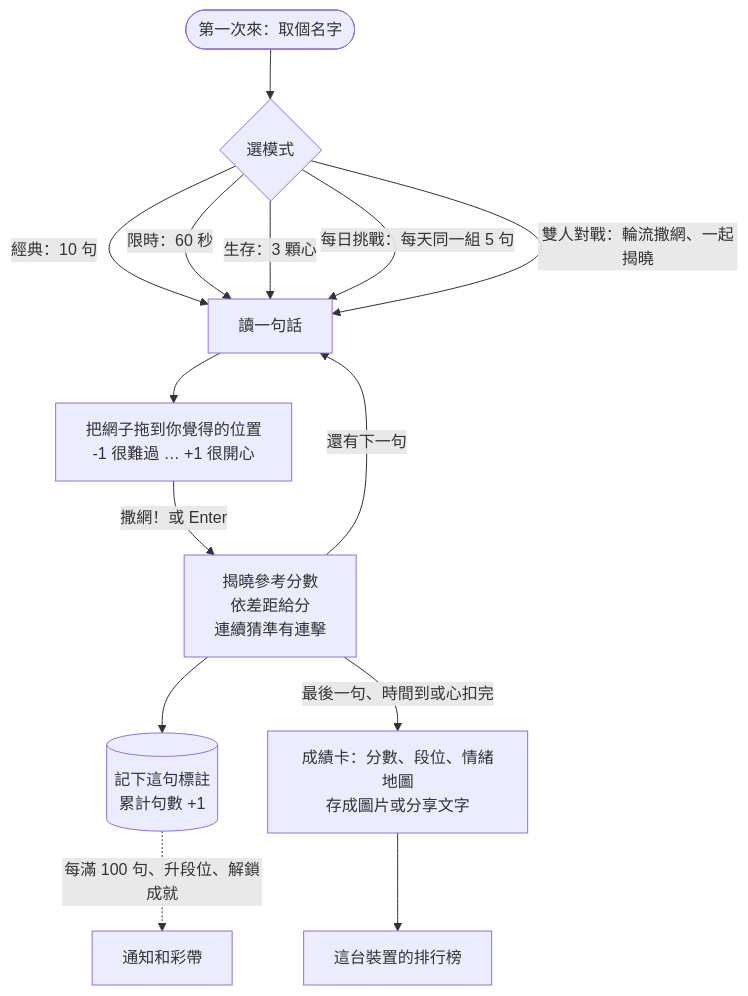
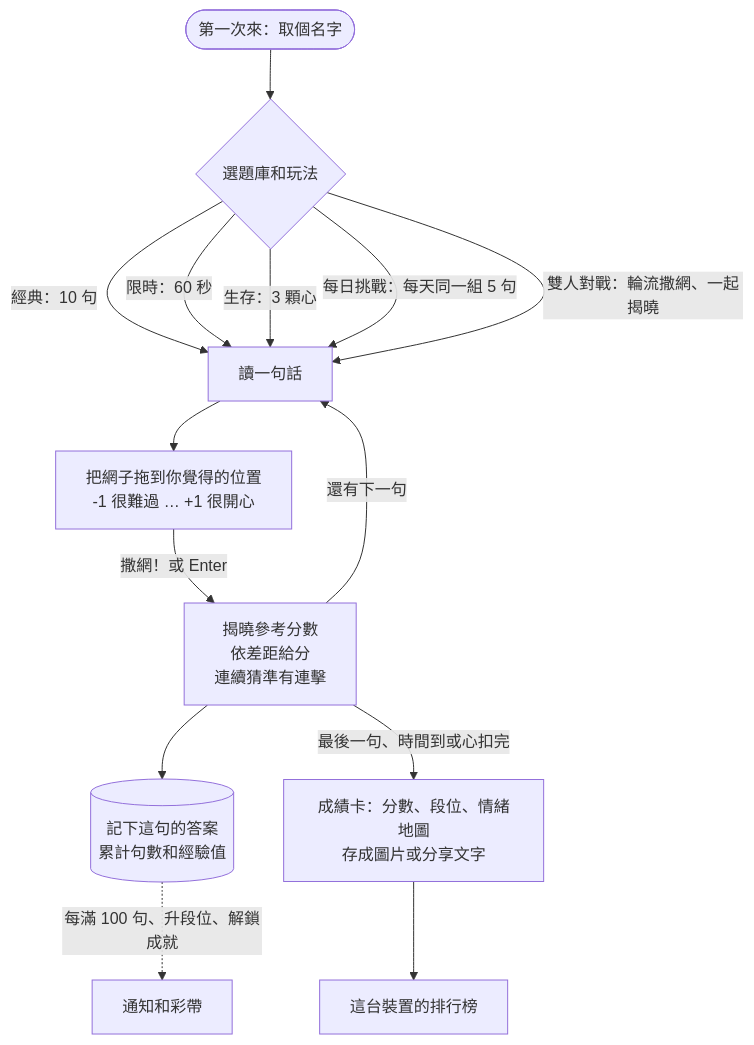
Before and after one commit to NatLee/word-net-game: the diagram in README.md, drawn with Mermaid. The commit also changed other lines of this file and 11 other files, not shown here.

````diff
--- a/README.md
+++ b/README.md
@@ -103,16 +138,16 @@
 ```mermaid
 flowchart TD
-  start([第一次來：取個名字]) --> pick{選模式}
+  start([第一次來：取個名字]) --> pick{選題庫和玩法}
   pick -->|經典：10 句| read
   pick -->|限時：60 秒| read
   pick -->|生存：3 顆心| read
   pick -->|每日挑戰：每天同一組 5 句| read
   pick -->|雙人對戰：輪流撒網、一起揭曉| read
   read[讀一句話] --> cast[把網子拖到你覺得的位置<br/>-1 很難過 … +1 很開心]
   cast -->|撒網！或 Enter| reveal[揭曉參考分數<br/>依差距給分<br/>連續猜準有連擊]
-  reveal --> record[(記下這句標註<br/>累計句數 +1)]
+  reveal --> record[(記下這句的答案<br/>累計句數和經驗值)]
   record -.->|每滿 100 句、升段位、解鎖成就| party[通知和彩帶]
   reveal -->|還有下一句| read
   reveal -->|最後一句、時間到或心扣完| summary[成績卡：分數、段位、情緒地圖<br/>存成圖片或分享文字]
   summary --> board[這台裝置的排行榜]
 ```
````
